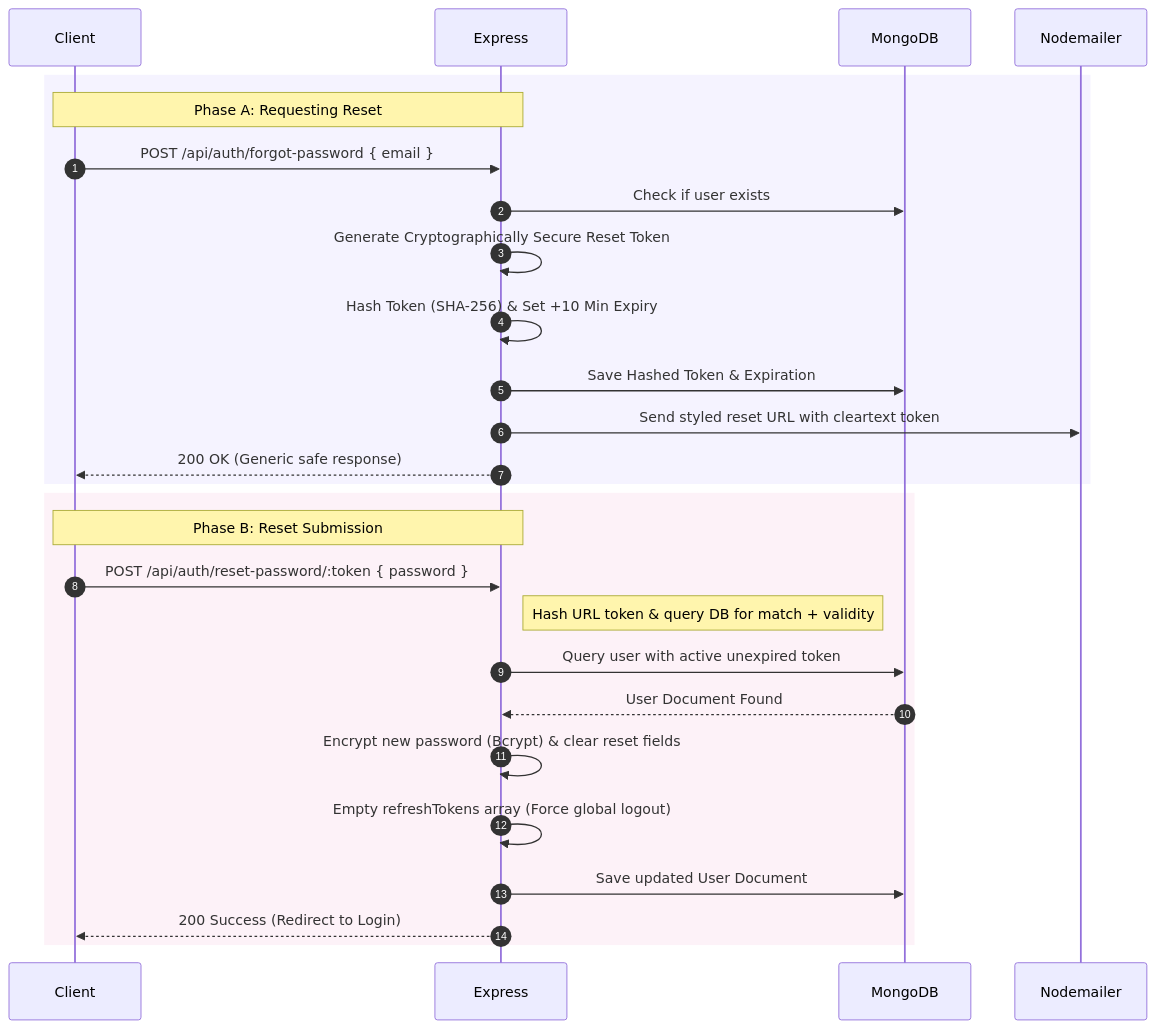
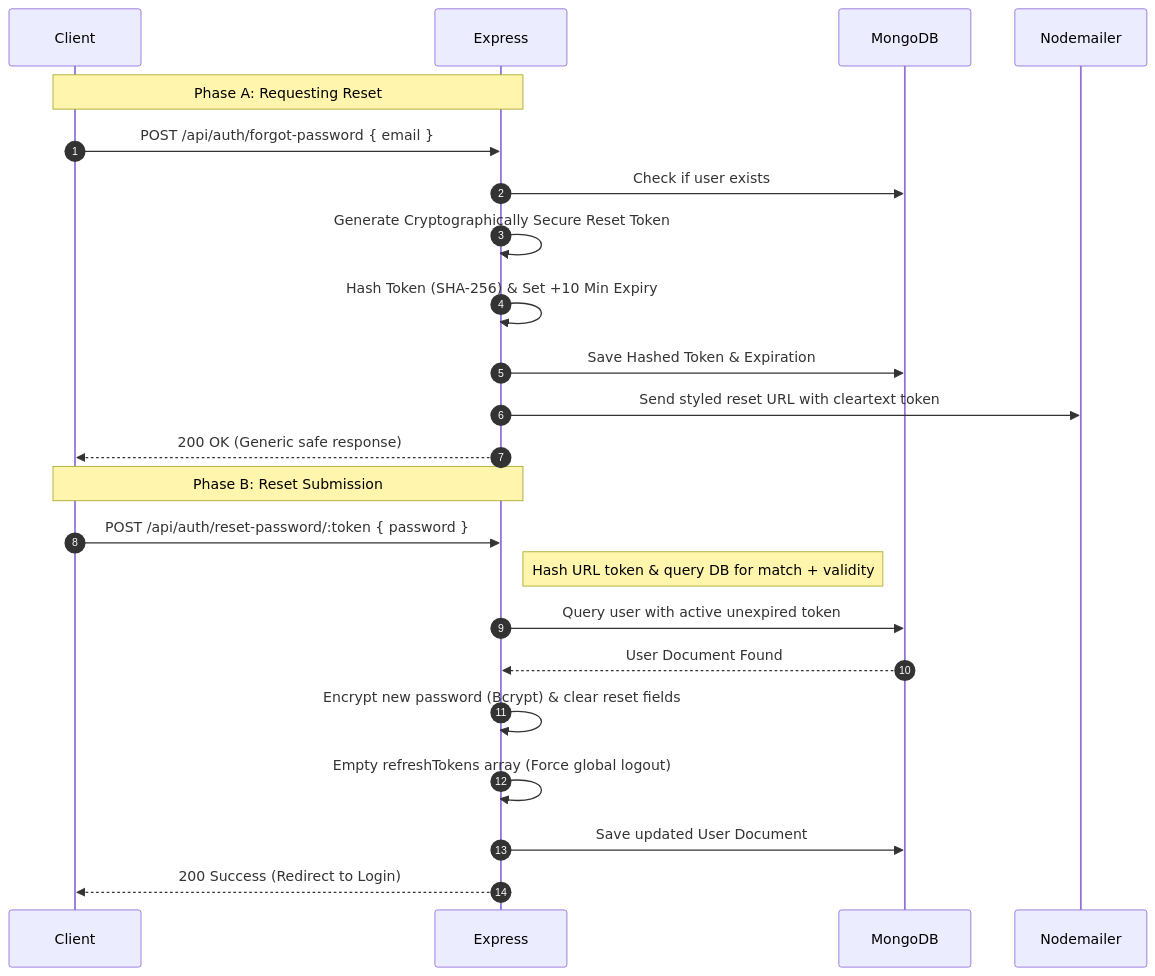
One commit to prefierolasoledad/Lumina_AI changed the third of 4 diagrams in README.md. Above: the diagram before and after it, drawn with Mermaid. The commit also changed other lines of this file, not shown here.

Commit message:
docs: remove rect colors from sequence diagrams to support dark mode

````diff
--- a/README.md
+++ b/README.md
@@ -135,26 +131,22 @@
 ```mermaid
 sequenceDiagram
     autonumber
-    rect rgb(245, 243, 255)
-        Note over Client, Express: Phase A: Requesting Reset
-        Client->>Express: POST /api/auth/forgot-password { email }
-        Express->>MongoDB: Check if user exists
-        Express->>Express: Generate Cryptographically Secure Reset Token
-        Express->>Express: Hash Token (SHA-256) & Set +10 Min Expiry
-        Express->>MongoDB: Save Hashed Token & Expiration
-        Express->>Nodemailer: Send styled reset URL with cleartext token
-        Express-->>Client: 200 OK (Generic safe response)
-    end
+    Note over Client, Express: Phase A: Requesting Reset
+    Client->>Express: POST /api/auth/forgot-password { email }
+    Express->>MongoDB: Check if user exists
+    Express->>Express: Generate Cryptographically Secure Reset Token
+    Express->>Express: Hash Token (SHA-256) & Set +10 Min Expiry
+    Express->>MongoDB: Save Hashed Token & Expiration
+    Express->>Nodemailer: Send styled reset URL with cleartext token
+    Express-->>Client: 200 OK (Generic safe response)
 
-    rect rgb(253, 242, 248)
-        Note over Client, Express: Phase B: Reset Submission
-        Client->>Express: POST /api/auth/reset-password/:token { password }
-        Note right of Express: Hash URL token & query DB for match + validity
-        Express->>MongoDB: Query user with active unexpired token
-        MongoDB-->>Express: User Document Found
-        Express->>Express: Encrypt new password (Bcrypt) & clear reset fields
-        Express->>Express: Empty refreshTokens array (Force global logout)
-        Express->>MongoDB: Save updated User Document
-        Express-->>Client: 200 Success (Redirect to Login)
-    end
+    Note over Client, Express: Phase B: Reset Submission
+    Client->>Express: POST /api/auth/reset-password/:token { password }
+    Note right of Express: Hash URL token & query DB for match + validity
+    Express->>MongoDB: Query user with active unexpired token
+    MongoDB-->>Express: User Document Found
+    Express->>Express: Encrypt new password (Bcrypt) & clear reset fields
+    Express->>Express: Empty refreshTokens array (Force global logout)
+    Express->>MongoDB: Save updated User Document
+    Express-->>Client: 200 Success (Redirect to Login)
 ```
````
